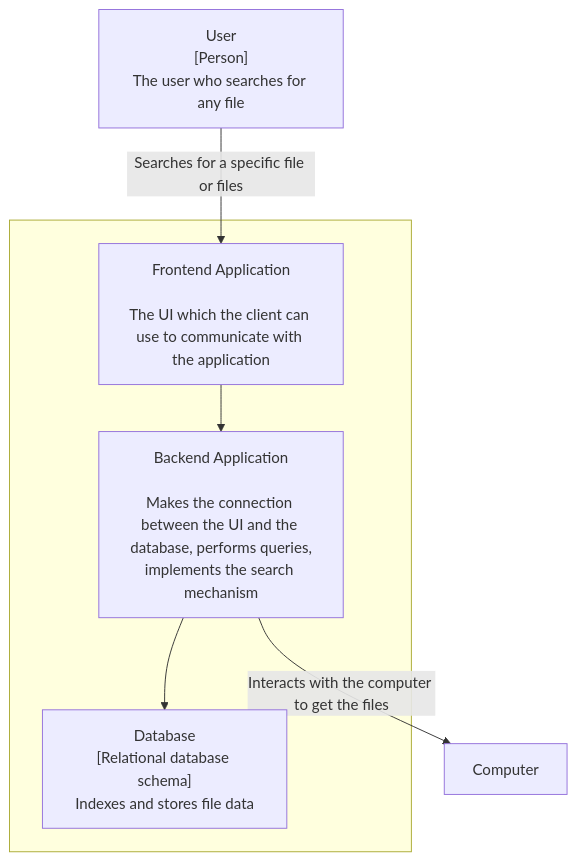
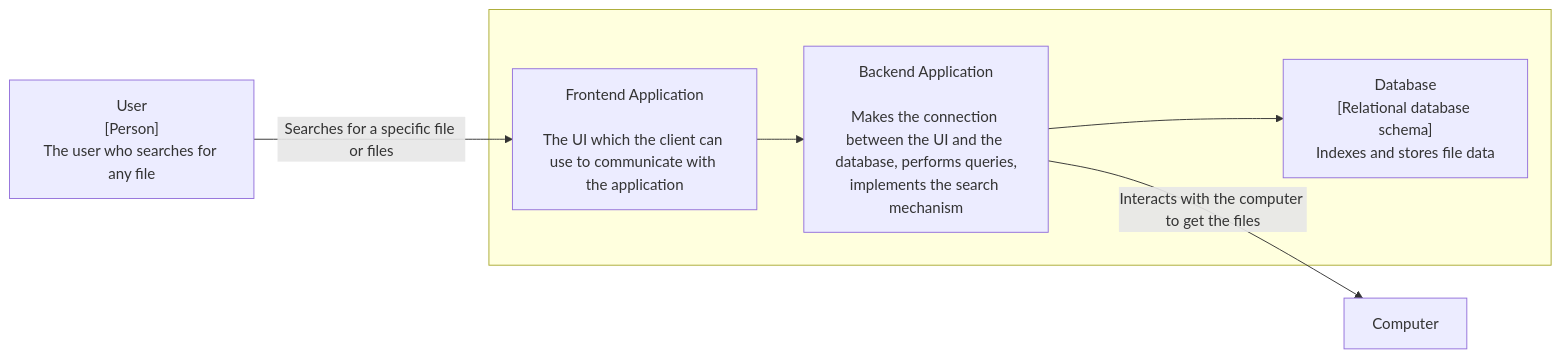
The second of 2 diagrams in ARCHITECTURE.md (moldovanolimpiu/File-Search-Engine), drawn with Mermaid before and after one commit.

````diff
--- a/ARCHITECTURE.md
+++ b/ARCHITECTURE.md
@@ -14,15 +14,15 @@
 ``` mermaid
 
-flowchart TD
+flowchart LR
     subgraph Group1[" "]
         A
         B
         C
     end
     D["User\n[Person]\nThe user who searches for any file"] -->|Searches for a specific file or files| C
     C["Frontend Application\n\nThe UI which the client can use to communicate with the application"] --> A["Backend Application\n\nMakes the connection between the UI and the database, performs queries,
 implements the search mechanism"]
     A --> B["Database\n[Relational database schema]\nIndexes and stores file data"]
     A -->|Interacts with the computer to get the files| E["Computer"]
 
 ```
````
